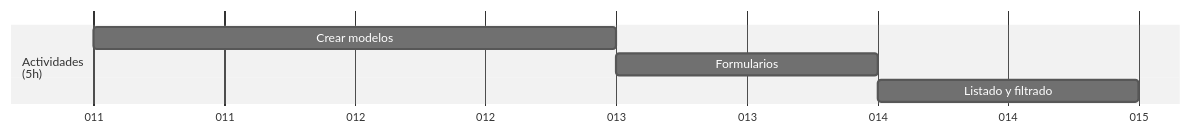
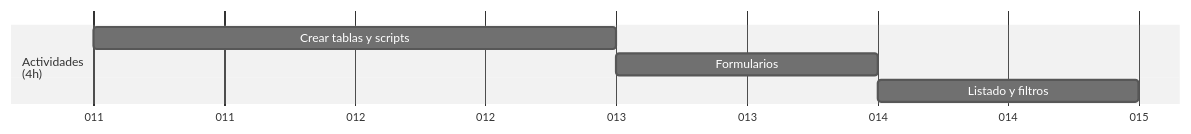
Before and after one commit to Covija97/badentracker: the third of 9 diagrams in .md/roadmap.md, drawn with Mermaid (neutral theme). The commit also changed other lines of this file, not shown here.

Commit message:
Refactor roadmap.md to update project planning, database design, and CRUD sections

````diff
--- a/.md/roadmap.md
+++ b/.md/roadmap.md
@@ -44,10 +45,10 @@
 ```mermaid
 gantt
     dateFormat  DDD
     axisFormat %j
 
-    section Actividades<br>(5h)
-    Crear modelos               : 01-11, 2d
+    section Actividades<br>(4h)
+    Crear tablas y scripts      : 01-11, 2d
     Formularios                 : 01-13, 1d
-    Listado y filtrado          : 01-14, 1d
- ```
+    Listado y filtros           : 01-14, 1d
+```
````
